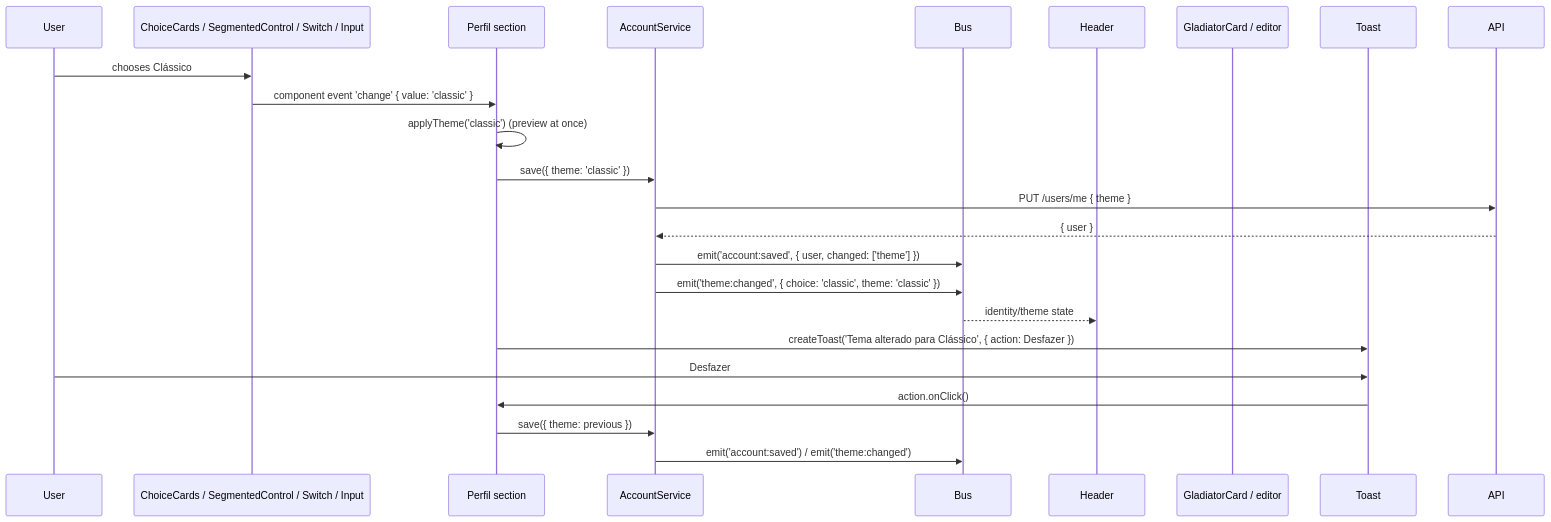
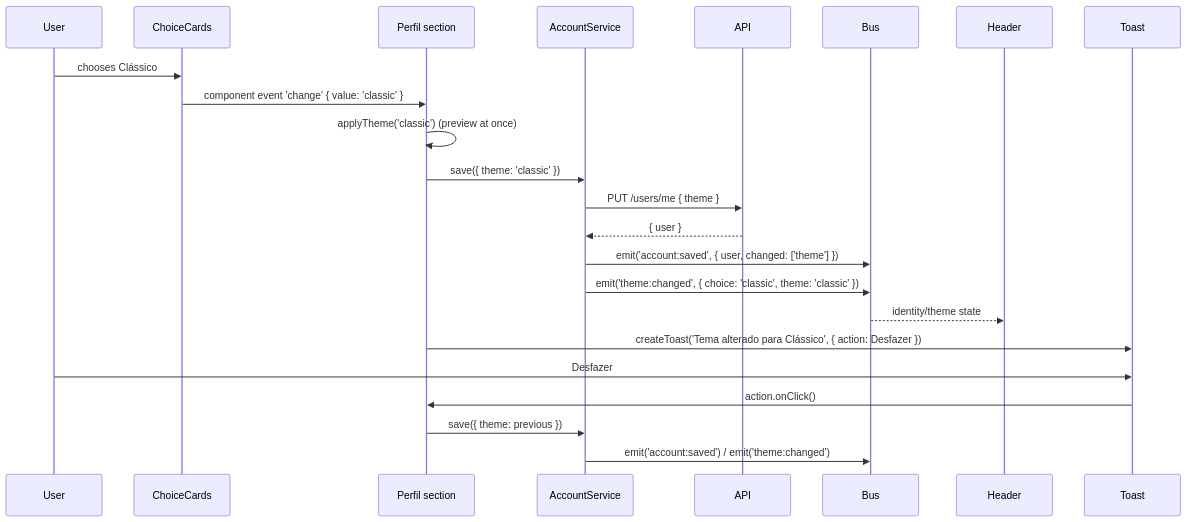
Before and after one commit to werlang/gladCode2: the second of 8 diagrams in docs/frontend/events.md, drawn with Mermaid. The commit also changed other lines of this file, not shown here.

Commit message:
docs: simplify the event-flow diagrams

````diff
--- a/docs/frontend/events.md
+++ b/docs/frontend/events.md
@@ -176,25 +176,25 @@
 ```mermaid
 sequenceDiagram
     participant User
-    participant Choice as ChoiceCards / SegmentedControl / Switch / Input
+    participant Choice as ChoiceCards
     participant Section as Perfil section
     participant Svc as AccountService
+    participant API
     participant Bus
     participant Header
-    participant Cards as GladiatorCard / editor
     participant Toast
     User->>Choice: chooses Clássico
     Choice->>Section: component event 'change' { value: 'classic' }
     Section->>Section: applyTheme('classic') (preview at once)
     Section->>Svc: save({ theme: 'classic' })
     Svc->>API: PUT /users/me { theme }
     API-->>Svc: { user }
     Svc->>Bus: emit('account:saved', { user, changed: ['theme'] })
     Svc->>Bus: emit('theme:changed', { choice: 'classic', theme: 'classic' })
     Bus-->>Header: identity/theme state
     Section->>Toast: createToast('Tema alterado para Clássico', { action: Desfazer })
     User->>Toast: Desfazer
     Toast->>Section: action.onClick()
     Section->>Svc: save({ theme: previous })
     Svc->>Bus: emit('account:saved') / emit('theme:changed')
 ```
````
